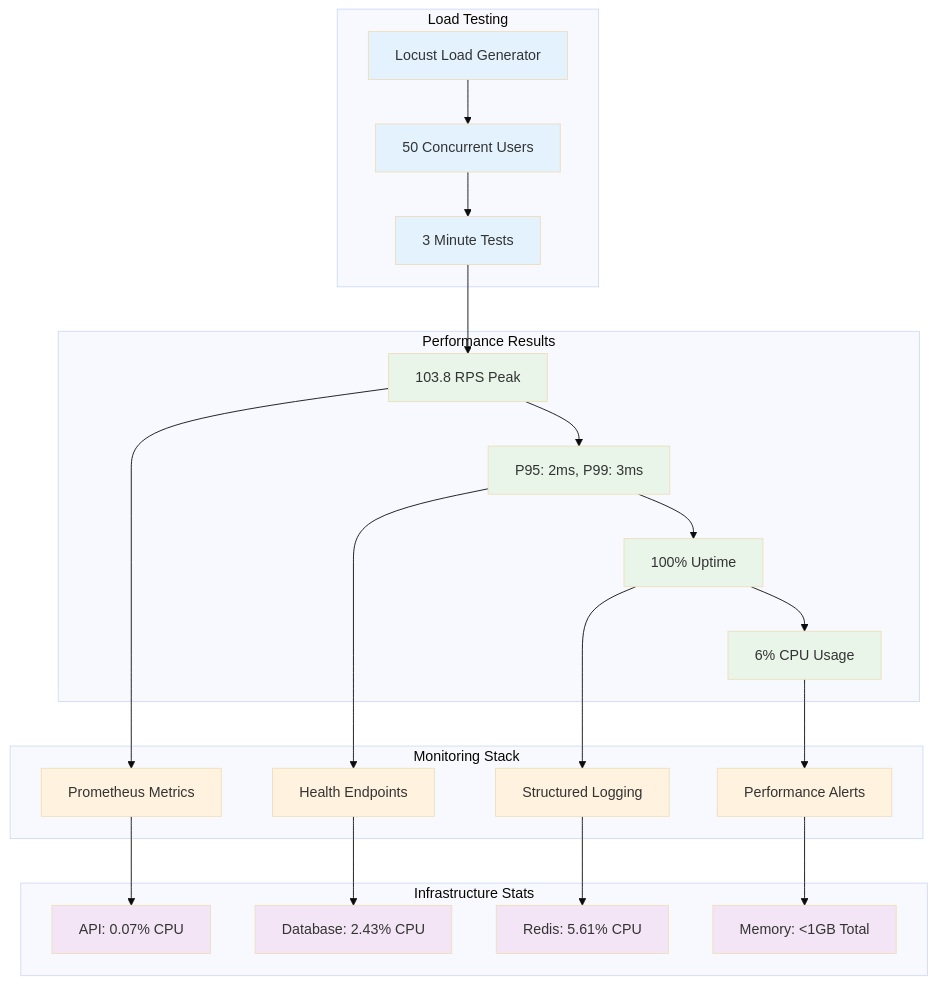
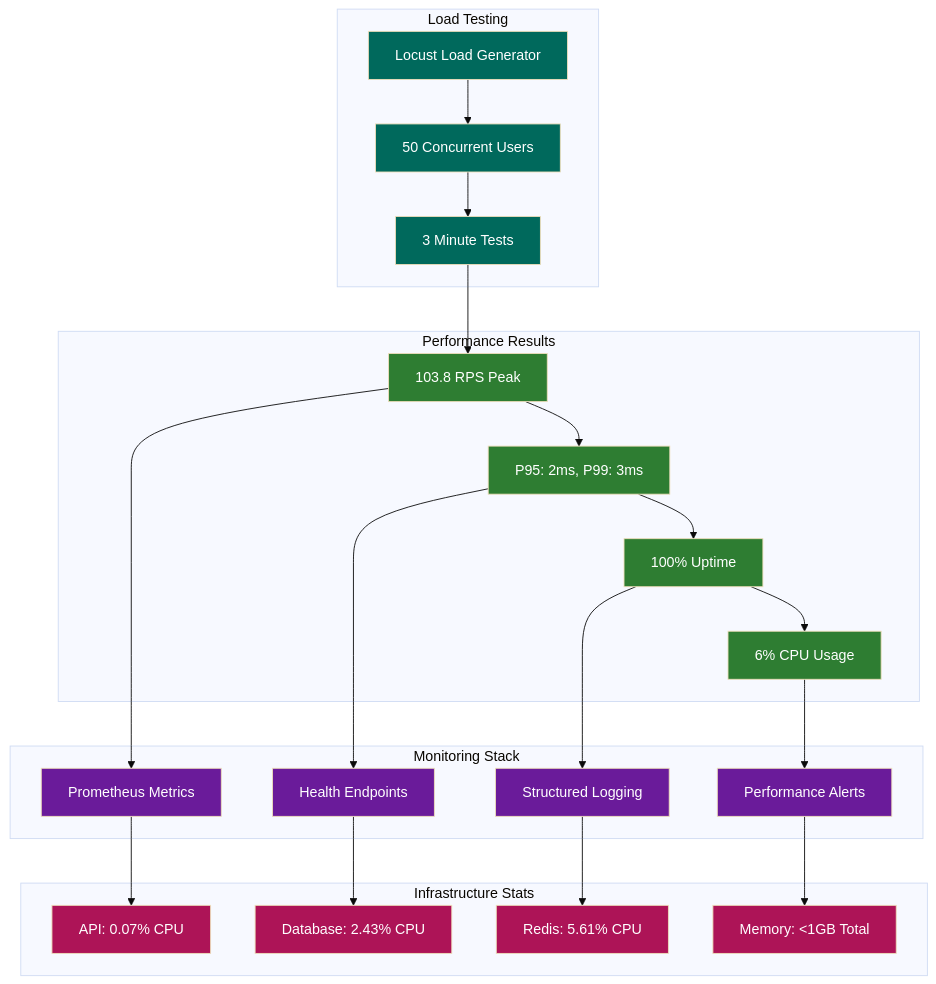
The fifth of 16 diagrams in smart-maintenance-saas/docs/SYSTEM_AND_ARCHITECTURE.md (YanCotta/enterprise_challenge_sprint_1_hermes_reply), drawn with Mermaid (base theme) before and after one commit. The commit also changed other lines of this file, not shown here.

Commit message:
feat: update class definitions in architecture diagrams for improved clarity and consistency

````diff
--- a/smart-maintenance-saas/docs/SYSTEM_AND_ARCHITECTURE.md
+++ b/smart-maintenance-saas/docs/SYSTEM_AND_ARCHITECTURE.md
@@ -315,56 +315,56 @@
 ```mermaid
 flowchart TB
     subgraph "Load Testing"
         LOCUST[Locust Load Generator]
         CONCURRENT[50 Concurrent Users]
         DURATION[3 Minute Tests]
     end
 
     subgraph "Performance Results"
         THROUGHPUT[103.8 RPS Peak]
         LATENCY[P95: 2ms, P99: 3ms]
         STABILITY[100% Uptime]
         RESOURCE[6% CPU Usage]
     end
 
     subgraph "Monitoring Stack"
         PROMETHEUS[Prometheus Metrics]
         HEALTH[Health Endpoints]
         LOGS[Structured Logging]
         ALERTS[Performance Alerts]
     end
 
     subgraph "Infrastructure Stats"
         API_CONTAINER[API: 0.07% CPU]
         DB_CONTAINER[Database: 2.43% CPU]
         REDIS_CONTAINER[Redis: 5.61% CPU]
         MEMORY[Memory: <1GB Total]
     end
 
     LOCUST --> CONCURRENT
     CONCURRENT --> DURATION
     DURATION --> THROUGHPUT
     THROUGHPUT --> LATENCY
     LATENCY --> STABILITY
     STABILITY --> RESOURCE
 
     THROUGHPUT --> PROMETHEUS
     LATENCY --> HEALTH
     STABILITY --> LOGS
     RESOURCE --> ALERTS
 
     PROMETHEUS --> API_CONTAINER
     HEALTH --> DB_CONTAINER
     LOGS --> REDIS_CONTAINER
     ALERTS --> MEMORY
 
-    classDef testing fill:#e3f2fd
-    classDef results fill:#e8f5e8
-    classDef monitoring fill:#fff3e0
-    classDef infrastructure fill:#f3e5f5
+    classDef testing fill:#00695C,color:#ffffff
+    classDef results fill:#2E7D32,color:#ffffff
+    classDef monitoring fill:#6A1B9A,color:#ffffff
+    classDef infrastructure fill:#AD1457,color:#ffffff
 
     class LOCUST,CONCURRENT,DURATION testing
     class THROUGHPUT,LATENCY,STABILITY,RESOURCE results
     class PROMETHEUS,HEALTH,LOGS,ALERTS monitoring
     class API_CONTAINER,DB_CONTAINER,REDIS_CONTAINER,MEMORY infrastructure
 ```
````
